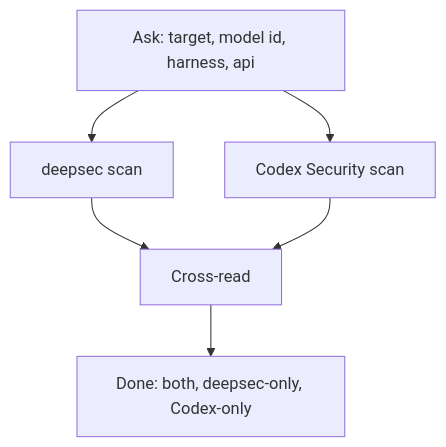
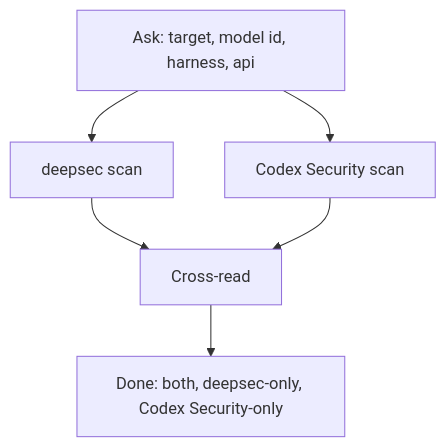
The diagram in security/deepsec-codex-v4-flash/human.md (leviathofnoesia/skills), drawn with Mermaid before and after one commit. The commit also changed other lines of this file and 2 other files, not shown here.

Commit message:
docs(security): 'Codex Security' clarity in human guides (bucket labels + scope)

````diff
--- a/security/deepsec-codex-v4-flash/human.md
+++ b/security/deepsec-codex-v4-flash/human.md
@@ -24,8 +24,8 @@
 ```mermaid
 flowchart TD
     A[Ask: target, model id, harness, api] --> B[deepsec scan]
     A --> C[Codex Security scan]
     B --> D[Cross-read]
     C --> D
-    D --> E[Done: both, deepsec-only, Codex-only]
+    D --> E[Done: both, deepsec-only, Codex Security-only]
 ```
````
